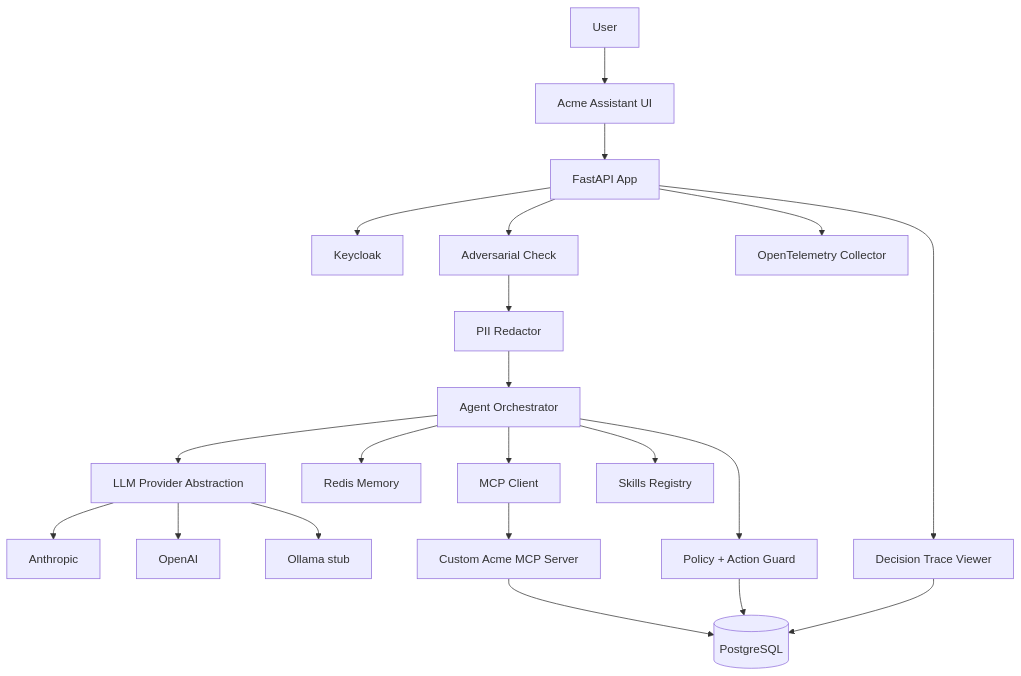
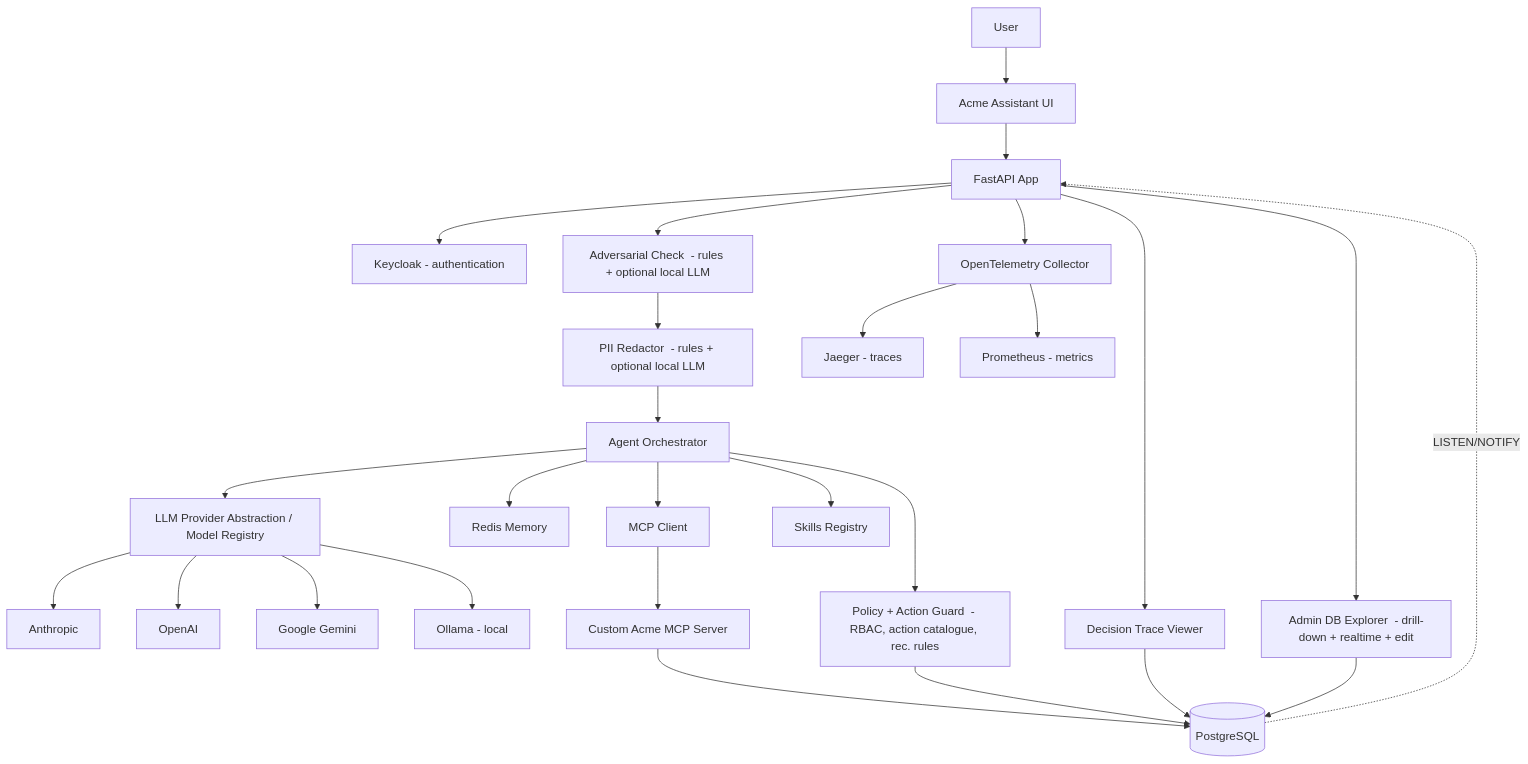
One commit to kvcom/ACME changed the diagram in plan_v2.md. Above: the diagram before and after it, drawn with Mermaid. The commit also changed other lines of this file and 4 other files, not shown here.

````diff
--- a/plan_v2.md
+++ b/plan_v2.md
@@ -2001,23 +2109,29 @@
 ```mermaid
 flowchart TD
     U[User] --> UI[Acme Assistant UI]
     UI --> API[FastAPI App]
-    API --> KC[Keycloak]
-    API --> ADV[Adversarial Check]
-    ADV --> PII[PII Redactor]
+    API --> KC[Keycloak  - authentication]
+    API --> ADV[Adversarial Check  - rules + optional local LLM]
+    ADV --> PII[PII Redactor  - rules + optional local LLM]
     PII --> AG[Agent Orchestrator]
-    AG --> LLM[LLM Provider Abstraction]
+    AG --> LLM[LLM Provider Abstraction / Model Registry]
     LLM --> ANT[Anthropic]
     LLM --> OAI[OpenAI]
-    LLM --> OLL[Ollama stub]
+    LLM --> GEM[Google Gemini]
+    LLM --> OLL[Ollama  - local]
     AG --> REDIS[Redis Memory]
     AG --> MCP[MCP Client]
     MCP --> MCPS[Custom Acme MCP Server]
     MCPS --> PG[(PostgreSQL)]
     AG --> SK[Skills Registry]
-    AG --> POL[Policy + Action Guard]
+    AG --> POL[Policy + Action Guard  - RBAC, action catalogue, rec. rules]
     POL --> PG
     API --> TRACE[Decision Trace Viewer]
+    API --> DBX[Admin DB Explorer  - drill-down + realtime + edit]
     API --> OTEL[OpenTelemetry Collector]
+    OTEL --> JAEGER[Jaeger  - traces]
+    OTEL --> PROM[Prometheus  - metrics]
     TRACE --> PG
+    DBX --> PG
+    PG -. LISTEN/NOTIFY .-> API
 ```
````
